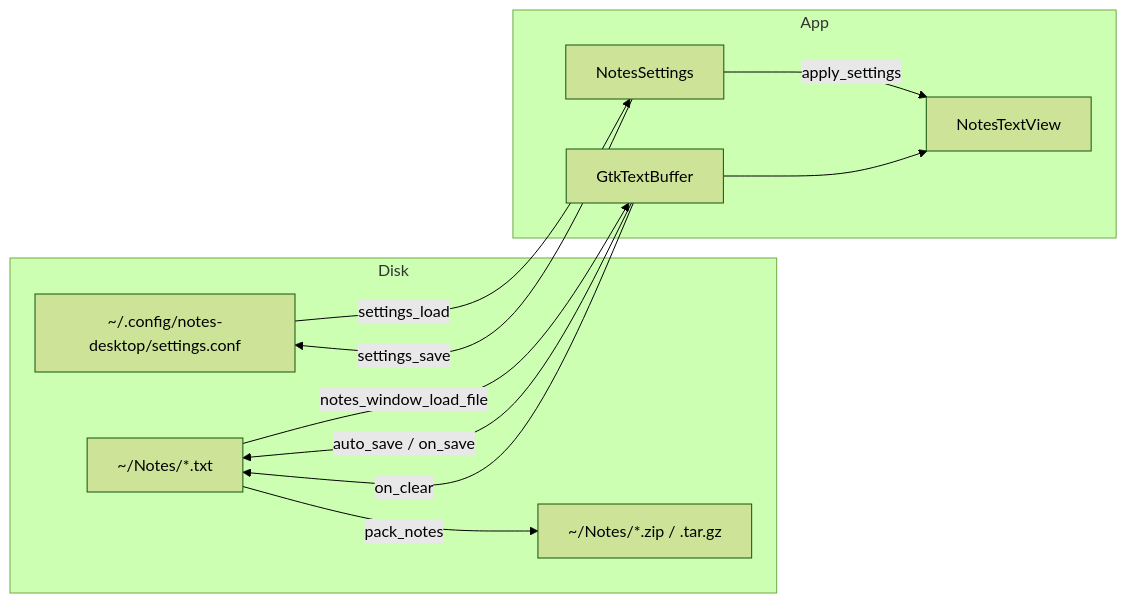
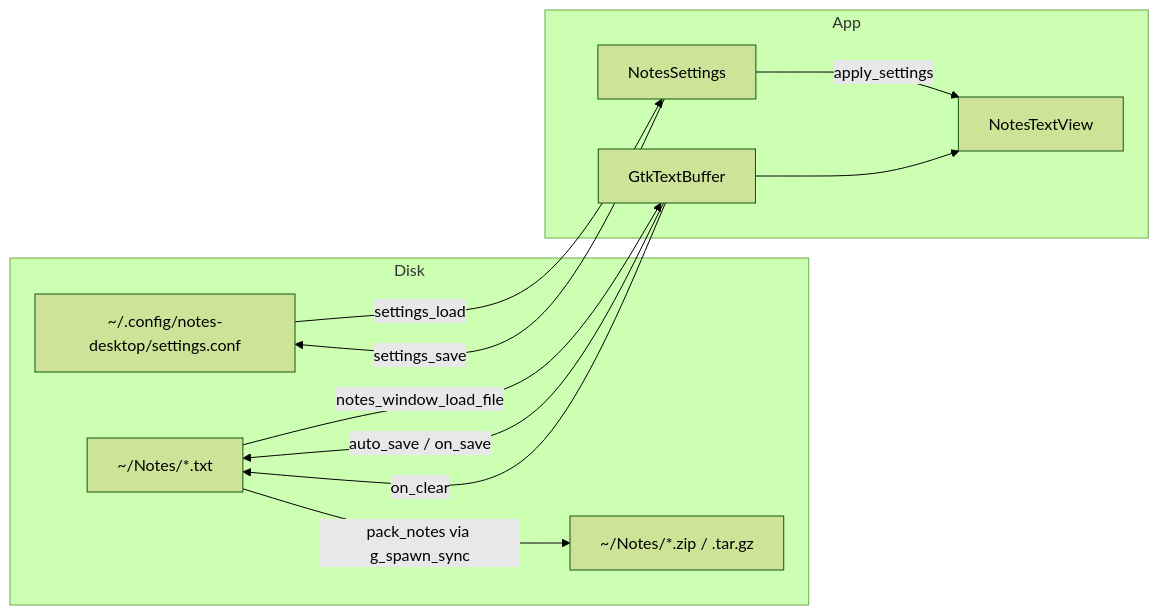
One commit to dkrse/notes-desktop changed the fourth of 5 diagrams in docs/diagrams.md. Above: the diagram before and after it, drawn with Mermaid (forest theme). The commit also changed other lines of this file and 10 other files, not shown here.

````diff
--- a/docs/diagrams.md
+++ b/docs/diagrams.md
@@ -106,26 +108,25 @@
 ```mermaid
 flowchart LR
     subgraph Disk
         CF[~/.config/notes-desktop/settings.conf]
         NF[~/Notes/*.txt]
         AR[~/Notes/*.zip / .tar.gz]
     end
 
     subgraph App
         S[NotesSettings]
         B[GtkTextBuffer]
         TV[NotesTextView]
     end
 
     CF -->|settings_load| S
     S -->|settings_save| CF
 
     NF -->|notes_window_load_file| B
     B -->|auto_save / on_save| NF
     B -->|on_clear| NF
-
-    NF -->|pack_notes| AR
+    NF -->|pack_notes via g_spawn_sync| AR
 
     S -->|apply_settings| TV
     B --> TV
 ```
````
